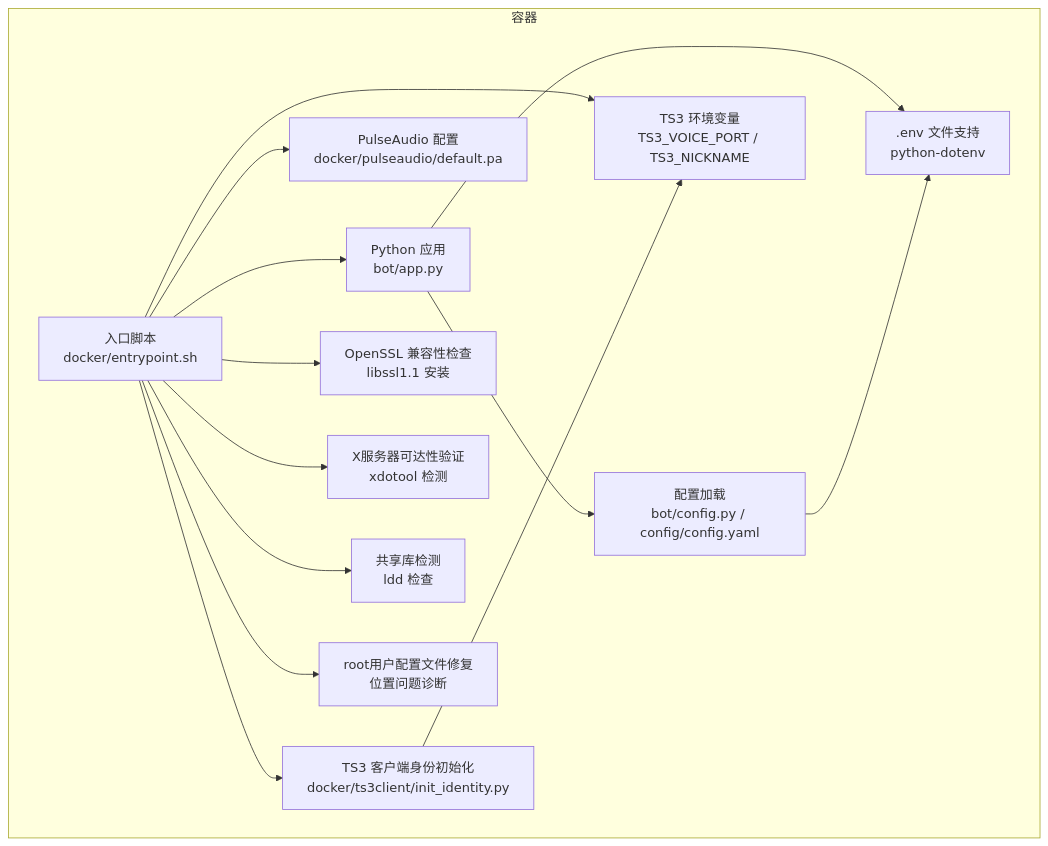
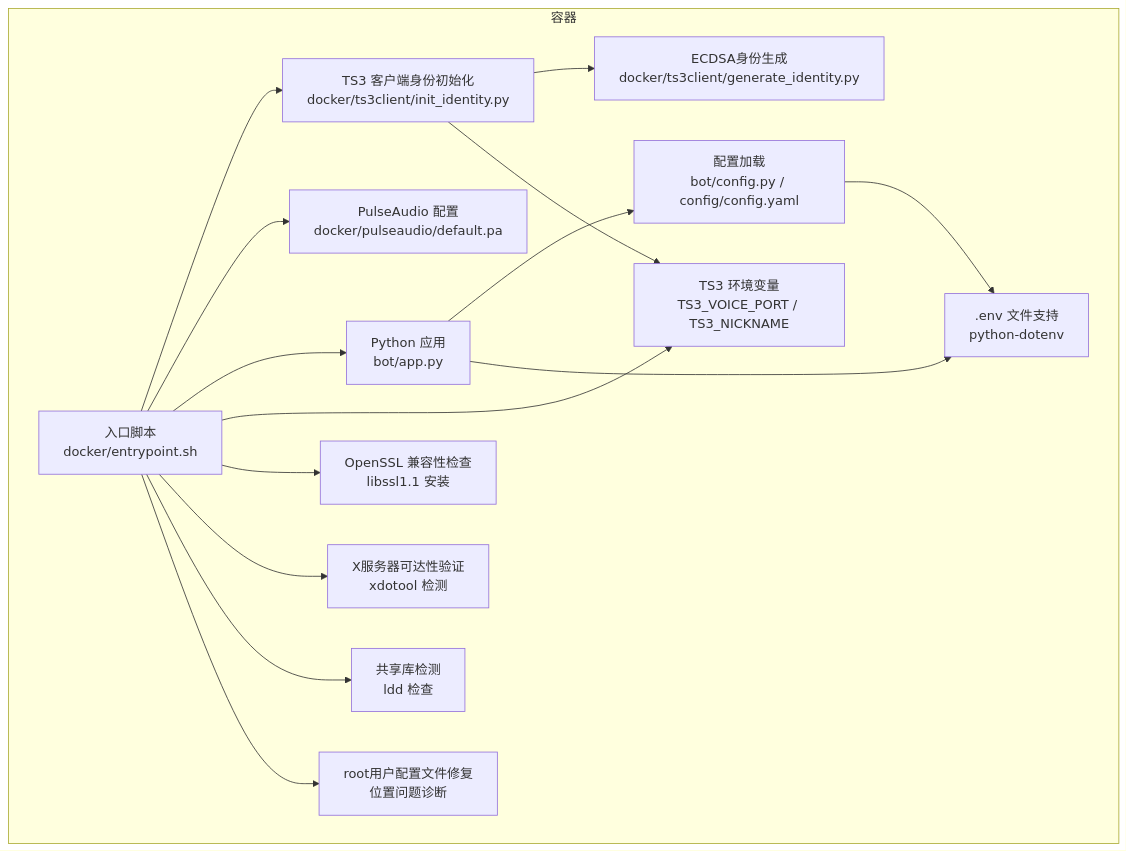
The first of 8 diagrams in .qoder/repowiki/zh/content/部署和运维/环境配置.md (GhoulOwl/Teamspeak3_Bot), drawn with Mermaid before and after one commit. The commit also changed other lines of this file and 12 other files, not shown here.

````diff
--- a/.qoder/repowiki/zh/content/部署和运维/环境配置.md
+++ b/.qoder/repowiki/zh/content/部署和运维/环境配置.md
@@ -57,28 +57,30 @@
 ```mermaid
 graph TB
 subgraph "容器"
 EP["入口脚本<br/>docker/entrypoint.sh"]
 PA["PulseAudio 配置<br/>docker/pulseaudio/default.pa"]
 TS3I["TS3 客户端身份初始化<br/>docker/ts3client/init_identity.py"]
+TS3GI["ECDSA身份生成<br/>docker/ts3client/generate_identity.py"]
 APP["Python 应用<br/>bot/app.py"]
 CFG["配置加载<br/>bot/config.py / config/config.yaml"]
 ENV[".env 文件支持<br/>python-dotenv"]
 TS3ENV["TS3 环境变量<br/>TS3_VOICE_PORT / TS3_NICKNAME"]
 OSSL["OpenSSL 兼容性检查<br/>libssl1.1 安装"]
 XCHECK["X服务器可达性验证<br/>xdotool 检测"]
 LIBCHECK["共享库检测<br/>ldd 检查"]
 ROOTFIX["root用户配置文件修复<br/>位置问题诊断"]
 end
 EP --> TS3I
+TS3I --> TS3GI
 EP --> PA
 EP --> APP
 APP --> CFG
 APP --> ENV
 CFG --> ENV
 EP --> TS3ENV
 TS3I --> TS3ENV
 EP --> OSSL
 EP --> XCHECK
 EP --> LIBCHECK
 EP --> ROOTFIX
 ```
````
